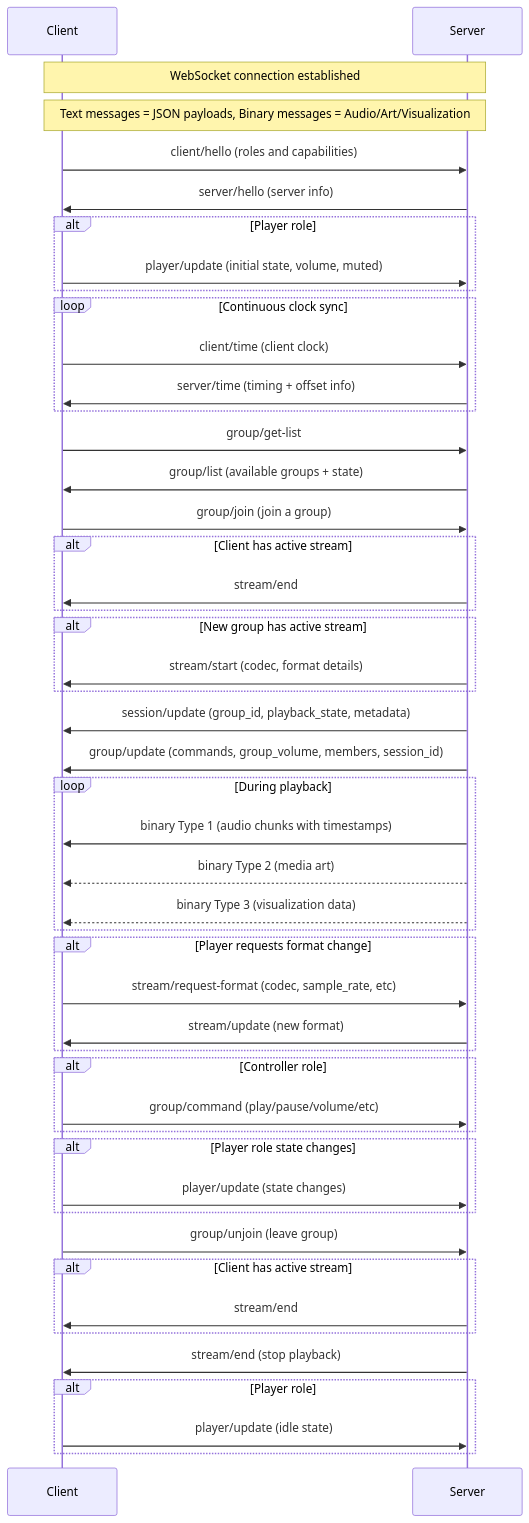
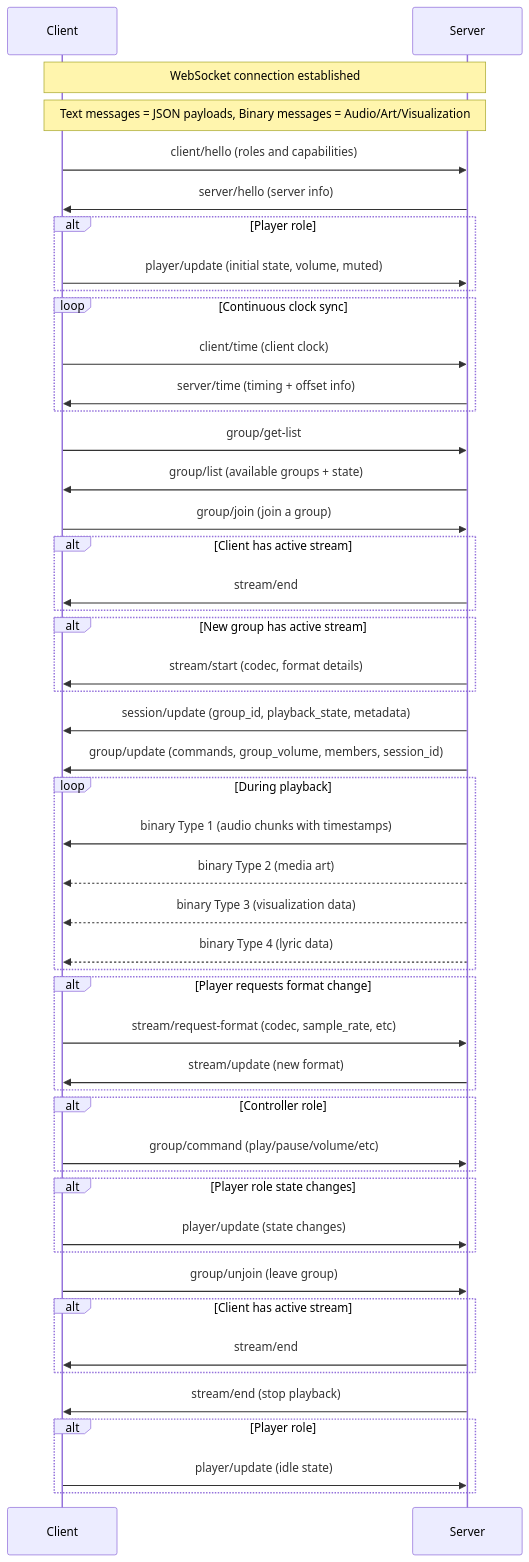
One commit to Resonate-Protocol/spec changed the diagram in README.md. Above: the diagram before and after it, drawn with Mermaid. The commit also changed other lines of this file, not shown here.

Commit message:
Add support for lyric files

````diff
--- a/README.md
+++ b/README.md
@@ -60,64 +60,65 @@
 ```mermaid
 sequenceDiagram
     participant Client
     participant Server
 
     Note over Client,Server: WebSocket connection established
 
     Note over Client,Server: Text messages = JSON payloads, Binary messages = Audio/Art/Visualization
 
     Client->>Server: client/hello (roles and capabilities)
     Server->>Client: server/hello (server info)
 
     alt Player role
         Client->>Server: player/update (initial state, volume, muted)
     end
 
     loop Continuous clock sync
         Client->>Server: client/time (client clock)
         Server->>Client: server/time (timing + offset info)
     end
 
     Client->>Server: group/get-list
     Server->>Client: group/list (available groups + state)
 
     Client->>Server: group/join (join a group)
     alt Client has active stream
         Server->>Client: stream/end
     end
     alt New group has active stream
         Server->>Client: stream/start (codec, format details)
     end
 
     Server->>Client: session/update (group_id, playback_state, metadata)
     Server->>Client: group/update (commands, group_volume, members, session_id)
 
     loop During playback
         Server->>Client: binary Type 1 (audio chunks with timestamps)
         Server-->>Client: binary Type 2 (media art)
         Server-->>Client: binary Type 3 (visualization data)
+        Server-->>Client: binary Type 4 (lyric data)
     end
 
     alt Player requests format change
         Client->>Server: stream/request-format (codec, sample_rate, etc)
         Server->>Client: stream/update (new format)
     end
 
     alt Controller role
         Client->>Server: group/command (play/pause/volume/etc)
     end
 
     alt Player role state changes
         Client->>Server: player/update (state changes)
     end
 
     Client->>Server: group/unjoin (leave group)
     alt Client has active stream
         Server->>Client: stream/end
     end
 
     Server->>Client: stream/end (stop playback)
     alt Player role
         Client->>Server: player/update (idle state)
     end
 ```
````
